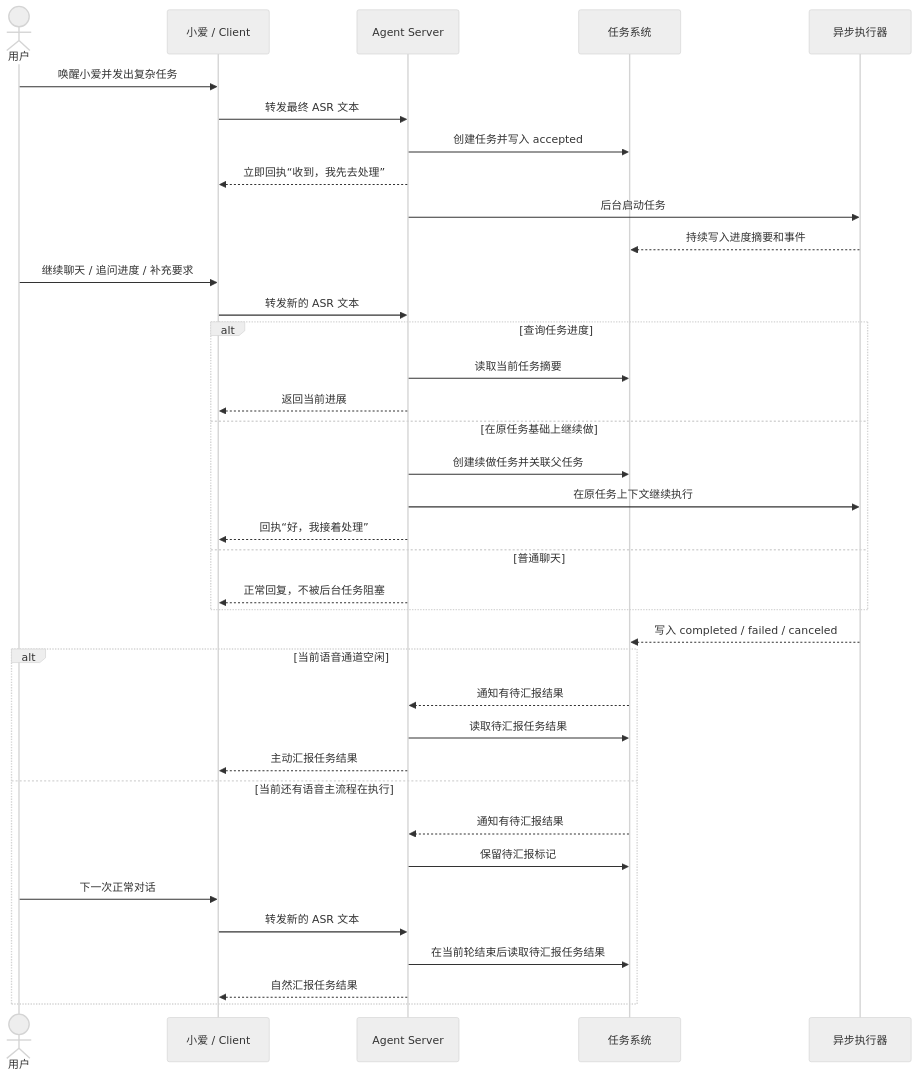
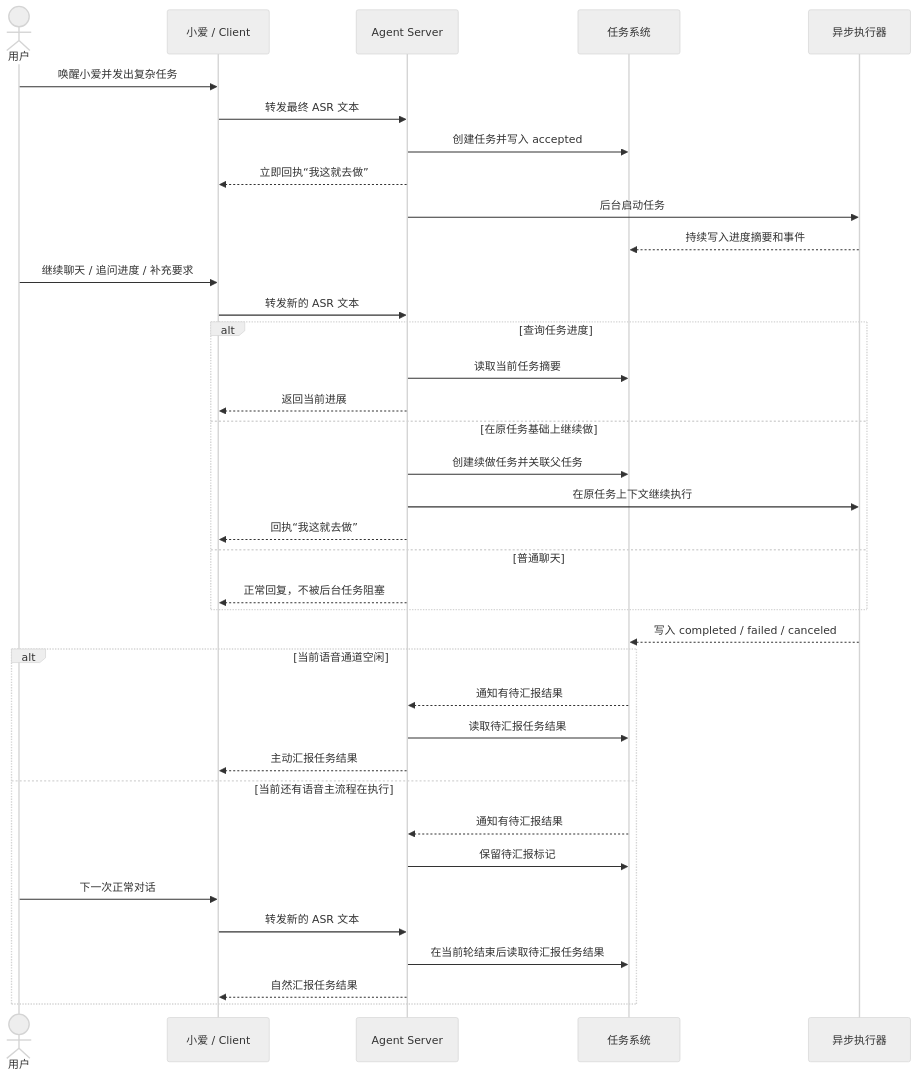
Before and after one commit to luoliwoshang/open-xiaoai-agent: the first of 2 diagrams in docs/async-tasks.md, drawn with Mermaid (neutral theme). The commit also changed 6 other files, not shown here.

````diff
--- a/docs/async-tasks.md
+++ b/docs/async-tasks.md
@@ -42,44 +42,44 @@
 ```mermaid
 sequenceDiagram
     actor User as 用户
     participant Device as 小爱 / Client
     participant Agent as Agent Server
     participant Tasks as 任务系统
     participant Runner as 异步执行器
 
     User->>Device: 唤醒小爱并发出复杂任务
     Device->>Agent: 转发最终 ASR 文本
     Agent->>Tasks: 创建任务并写入 accepted
-    Agent-->>Device: 立即回执“收到，我先去处理”
+    Agent-->>Device: 立即回执“我这就去做”
     Agent->>Runner: 后台启动任务
     Runner-->>Tasks: 持续写入进度摘要和事件
 
     User->>Device: 继续聊天 / 追问进度 / 补充要求
     Device->>Agent: 转发新的 ASR 文本
 
     alt 查询任务进度
         Agent->>Tasks: 读取当前任务摘要
         Agent-->>Device: 返回当前进展
     else 在原任务基础上继续做
         Agent->>Tasks: 创建续做任务并关联父任务
         Agent->>Runner: 在原任务上下文继续执行
-        Agent-->>Device: 回执“好，我接着处理”
+        Agent-->>Device: 回执“我这就去做”
     else 普通聊天
         Agent-->>Device: 正常回复，不被后台任务阻塞
     end
 
     Runner-->>Tasks: 写入 completed / failed / canceled
 
     alt 当前语音通道空闲
         Tasks-->>Agent: 通知有待汇报结果
         Agent->>Tasks: 读取待汇报任务结果
         Agent-->>Device: 主动汇报任务结果
     else 当前还有语音主流程在执行
         Tasks-->>Agent: 通知有待汇报结果
         Agent->>Tasks: 保留待汇报标记
         User->>Device: 下一次正常对话
         Device->>Agent: 转发新的 ASR 文本
         Agent->>Tasks: 在当前轮结束后读取待汇报任务结果
         Agent-->>Device: 自然汇报任务结果
     end
 ```
````
